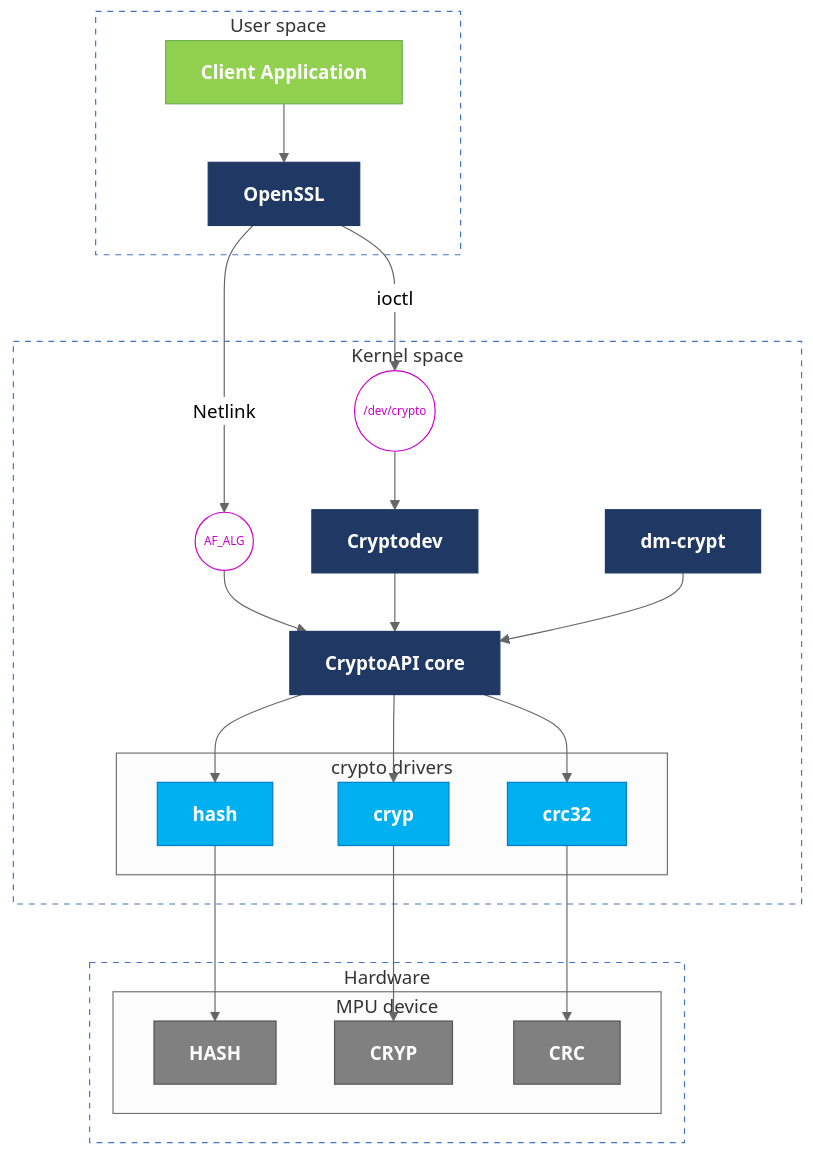
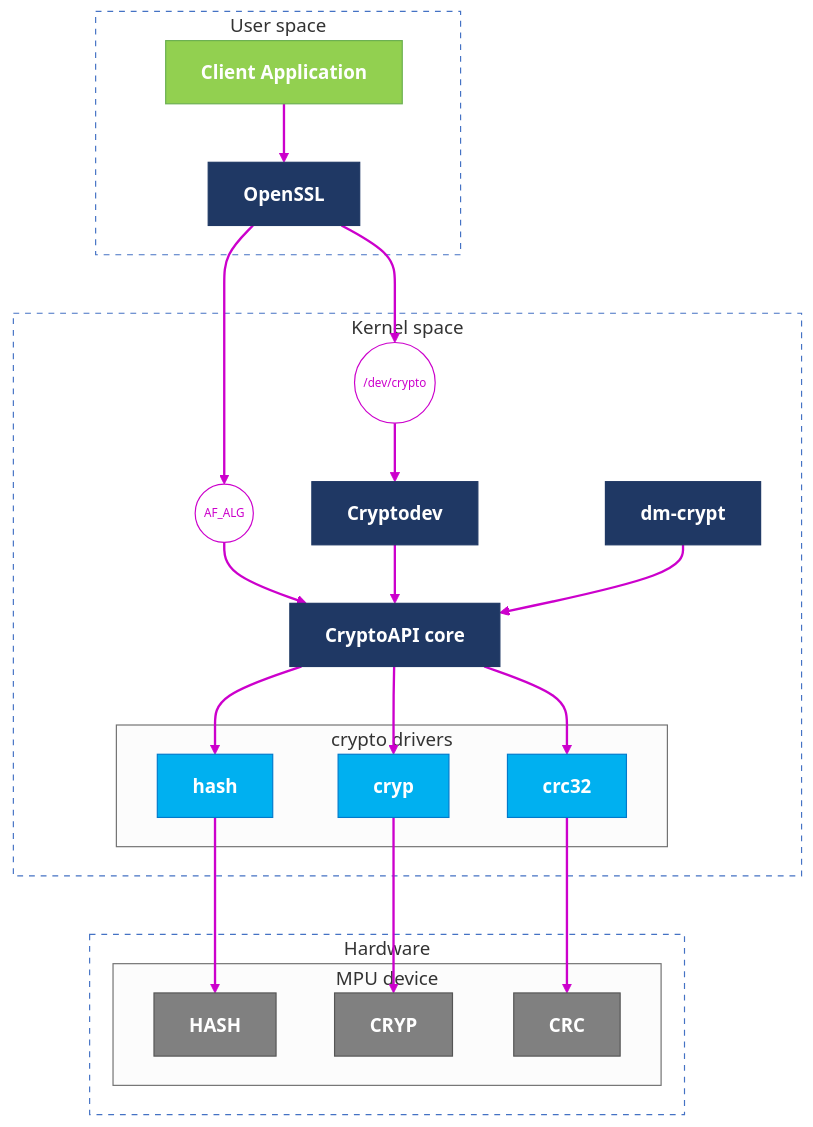
The diagram in README.md (mxvxzzz/stm32-provider), drawn with Mermaid (neutral theme) before and after one commit.

Commit message:
update diagram for readme

````diff
--- a/README.md
+++ b/README.md
@@ -62,59 +62,60 @@
 ```mermaid
 graph TD
     classDef userApp fill:#92D050,stroke:#6AAF50,color:#fff,font-weight:bold;
     classDef community fill:#1F3864,stroke:#1F3864,color:#fff,font-weight:bold;
     classDef st_driver fill:#00B0F0,stroke:#007ACC,color:#fff,font-weight:bold;
     classDef hardware fill:#808080,stroke:#555555,color:#fff,font-weight:bold;
     classDef interface fill:#fff,stroke:#CC00CC,color:#CC00CC,font-size:10px;
 
     subgraph User_Space [User space]
         App["Client Application"]:::userApp
         OpenSSL["OpenSSL"]:::community
     end
 
     subgraph Kernel_Space [Kernel space]
         AF_ALG(("AF_ALG")):::interface
         DevCrypto(("/dev/crypto")):::interface
         
         Cryptodev["Cryptodev"]:::community
         DMCrypt["dm-crypt"]:::community
         
         Core["CryptoAPI core"]:::community
         
         subgraph Drivers [crypto drivers]
             hash["hash"]:::st_driver
             cryp["cryp"]:::st_driver
             crc32["crc32"]:::st_driver
         end
     end
 
     subgraph HW_Layer [Hardware]
         subgraph MPU [MPU device]
             HASH_HW["HASH"]:::hardware
             CRYP_HW["CRYP"]:::hardware
             CRC_HW["CRC"]:::hardware
         end
     end
 
     App --> OpenSSL
-    OpenSSL -- "Netlink" --> AF_ALG
-    OpenSSL -- "ioctl" --> DevCrypto
+    OpenSSL --> AF_ALG
+    OpenSSL --> DevCrypto
     
     AF_ALG --> Core
     DevCrypto --> Cryptodev
     Cryptodev --> Core
     DMCrypt --> Core
     
     Core --> hash
     Core --> cryp
     Core --> crc32
     
     hash --> HASH_HW
     cryp --> CRYP_HW
     crc32 --> CRC_HW
 
     style User_Space fill:none,stroke:#4472C4,stroke-dasharray: 5 5
     style Kernel_Space fill:none,stroke:#4472C4,stroke-dasharray: 5 5
     style HW_Layer fill:none,stroke:#4472C4,stroke-dasharray: 5 5
-
+    
+    linkStyle default stroke:#CC00CC,stroke-width:2px;
 ```
````
